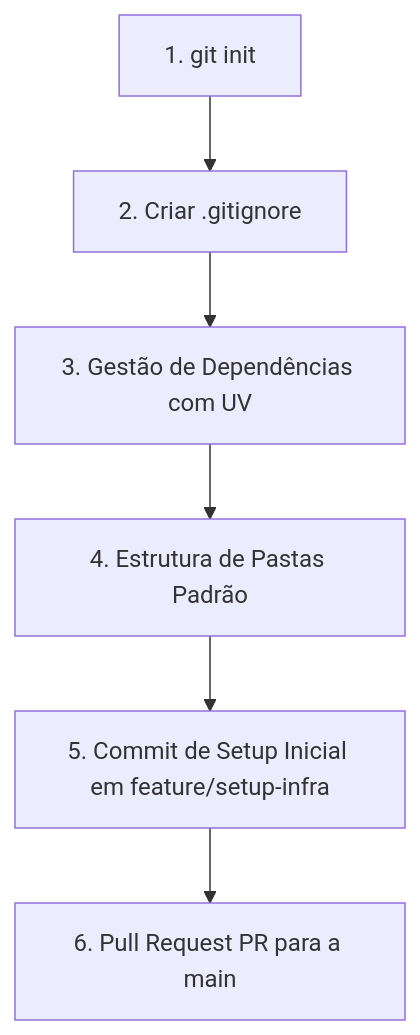
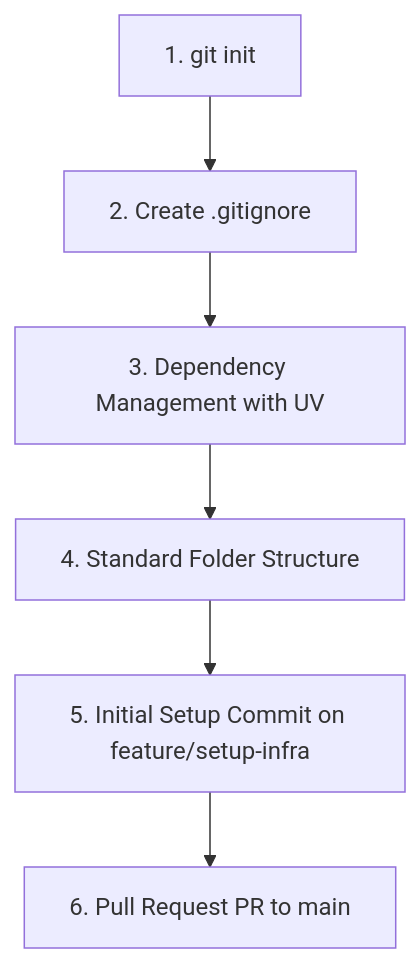
Before and after one commit to isabelapt/duckdb-analytics: the diagram in docs/portfolio_and_git_strategy.md, drawn with Mermaid. The commit also changed other lines of this file and 7 other files, not shown here.

````diff
--- a/docs/portfolio_and_git_strategy.md
+++ b/docs/portfolio_and_git_strategy.md
@@ -11,8 +11,8 @@
 ```mermaid
 graph TD
-    A[1. git init] --> B[2. Criar .gitignore]
-    B --> C[3. Gestão de Dependências com UV]
-    C --> D[4. Estrutura de Pastas Padrão]
-    D --> E[5. Commit de Setup Inicial em feature/setup-infra]
-    E --> F[6. Pull Request PR para a main]
+    A[1. git init] --> B[2. Create .gitignore]
+    B --> C[3. Dependency Management with UV]
+    C --> D[4. Standard Folder Structure]
+    D --> E[5. Initial Setup Commit on feature/setup-infra]
+    E --> F[6. Pull Request PR to main]
 ```
````
